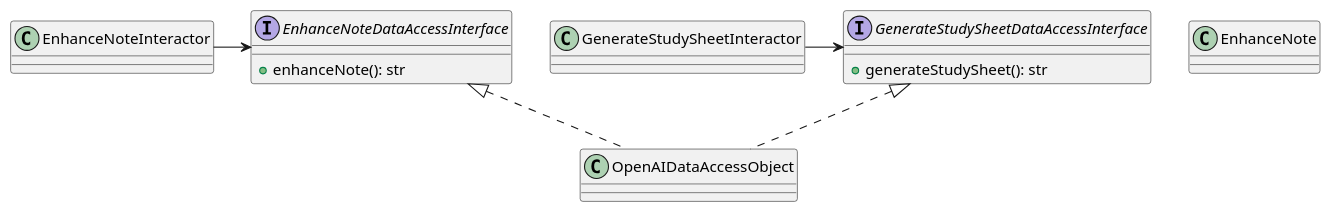
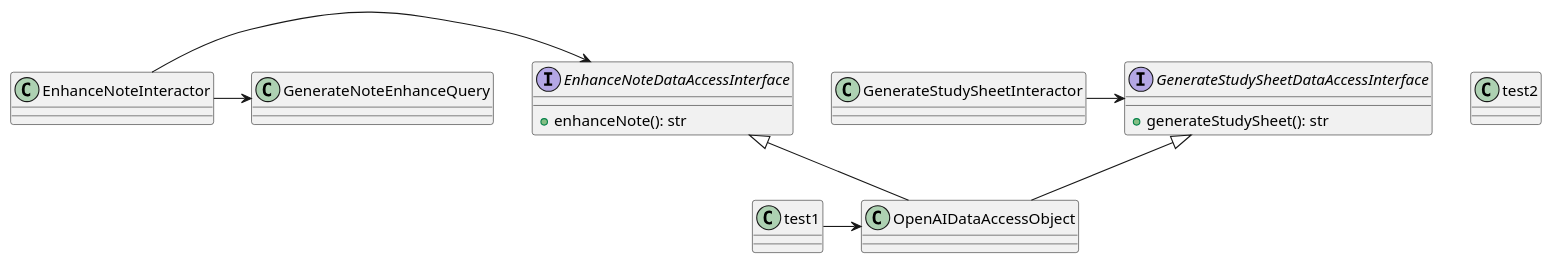
The diagram in src/docs/notely.puml (Isolumi/Notely), drawn with PlantUML before and after one commit.

Commit message:
updated uml

```diff
--- a/src/docs/notely.puml
+++ b/src/docs/notely.puml
@@ -1,28 +1,31 @@
 @startuml
 'https://plantuml.com/class-diagram
 
 'use case interfaces
 interface EnhanceNoteDataAccessInterface {
     +enhanceNote(): str
 }
 interface GenerateStudySheetDataAccessInterface {
     +generateStudySheet(): str
 }
 
 'interactors
 class EnhanceNoteInteractor
 EnhanceNoteInteractor -> EnhanceNoteDataAccessInterface
+EnhanceNoteInteractor -> GenerateNoteEnhanceQuery
 
 class GenerateStudySheetInteractor
 GenerateStudySheetInteractor -> GenerateStudySheetDataAccessInterface
 
 'entities
-class EnhanceNote
+class GenerateNoteEnhanceQuery
 
 'data access objects
-class OpenAIDataAccessObject implements EnhanceNoteDataAccessInterface, GenerateStudySheetDataAccessInterface
+class OpenAIDataAccessObject extends EnhanceNoteDataAccessInterface, GenerateStudySheetDataAccessInterface
 
-
+class test1
+class test2
+test1 -> OpenAIDataAccessObject
 
 
 @enduml
```
